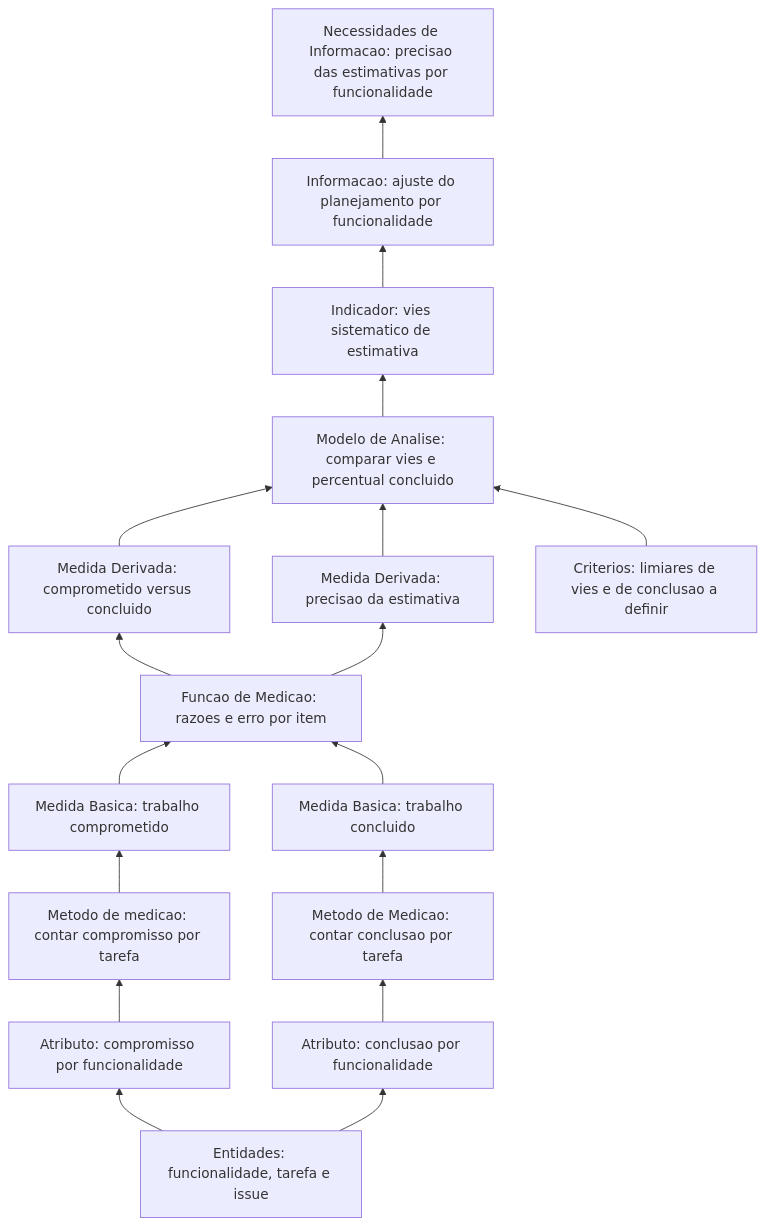
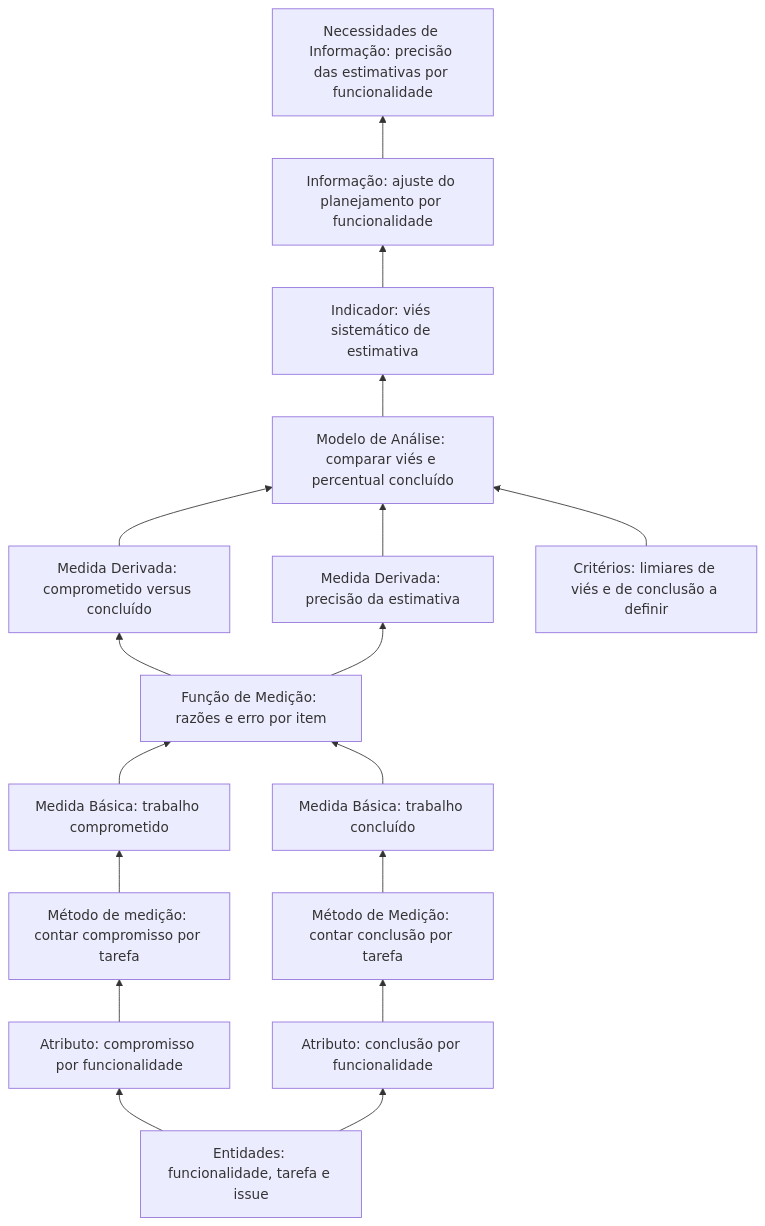
The second of 2 diagrams in docs/gestao-psm/recursos-e-custos.md (FCTE-Qualidade-de-Software-1/2026-2_T01_BETTY_SNYDER), drawn with Mermaid before and after one commit. The commit also changed other lines of this file and 2 other files, not shown here.

Commit message:
docs(psm): acentua rotulos UTF-8 nos diagramas das categorias

````diff
--- a/docs/gestao-psm/recursos-e-custos.md
+++ b/docs/gestao-psm/recursos-e-custos.md
@@ -142,34 +142,34 @@
 ```mermaid
 flowchart BT
-  need["Necessidades de Informacao: precisao das estimativas por funcionalidade"]
-  info["Informacao: ajuste do planejamento por funcionalidade"]
-  ind["Indicador: vies sistematico de estimativa"]
-  analise["Modelo de Analise: comparar vies e percentual concluido"]
-  crit["Criterios: limiares de vies e de conclusao a definir"]
-  md1["Medida Derivada: comprometido versus concluido"]
-  md2["Medida Derivada: precisao da estimativa"]
-  func["Funcao de Medicao: razoes e erro por item"]
-  mb1["Medida Basica: trabalho comprometido"]
-  mb2["Medida Basica: trabalho concluido"]
-  met1["Metodo de medicao: contar compromisso por tarefa"]
-  met2["Metodo de Medicao: contar conclusao por tarefa"]
+  need["Necessidades de Informação: precisão das estimativas por funcionalidade"]
+  info["Informação: ajuste do planejamento por funcionalidade"]
+  ind["Indicador: viés sistemático de estimativa"]
+  analise["Modelo de Análise: comparar viés e percentual concluído"]
+  crit["Critérios: limiares de viés e de conclusão a definir"]
+  md1["Medida Derivada: comprometido versus concluído"]
+  md2["Medida Derivada: precisão da estimativa"]
+  func["Função de Medição: razões e erro por item"]
+  mb1["Medida Básica: trabalho comprometido"]
+  mb2["Medida Básica: trabalho concluído"]
+  met1["Método de medição: contar compromisso por tarefa"]
+  met2["Método de Medição: contar conclusão por tarefa"]
   attr1["Atributo: compromisso por funcionalidade"]
-  attr2["Atributo: conclusao por funcionalidade"]
+  attr2["Atributo: conclusão por funcionalidade"]
   ent["Entidades: funcionalidade, tarefa e issue"]
   ent --> attr1
   ent --> attr2
   attr1 --> met1
   attr2 --> met2
   met1 --> mb1
   met2 --> mb2
   mb1 --> func
   mb2 --> func
   func --> md1
   func --> md2
   md1 --> analise
   md2 --> analise
   crit --> analise
   analise --> ind
   ind --> info
   info --> need
 ```
````
